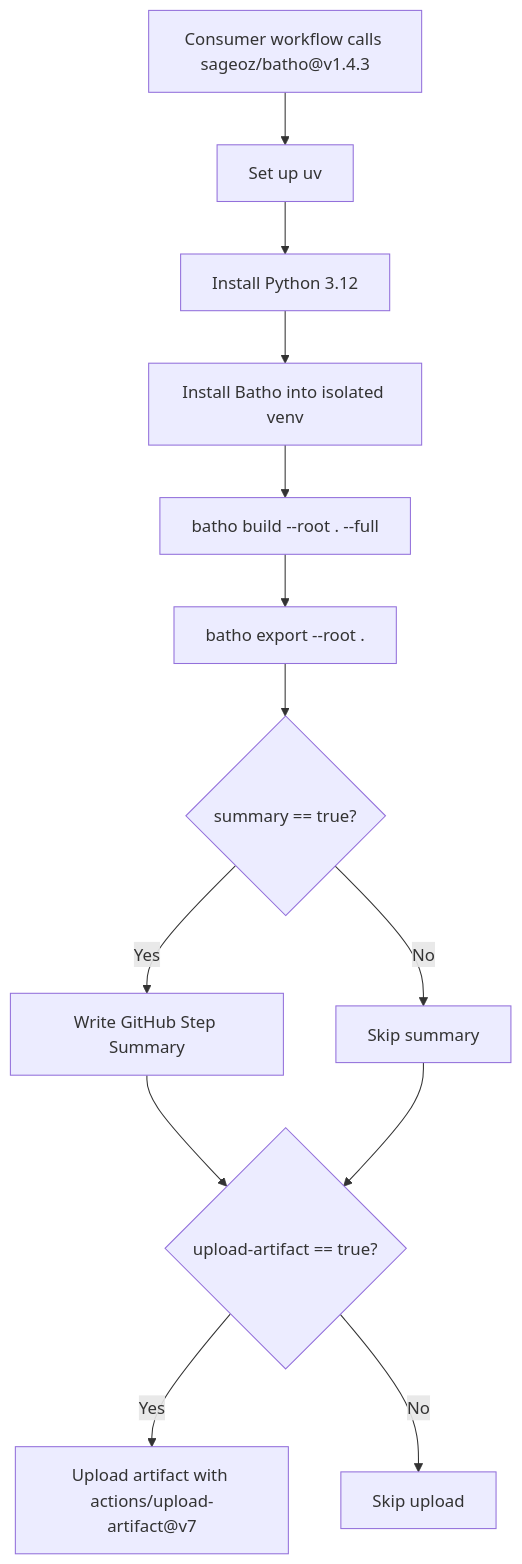
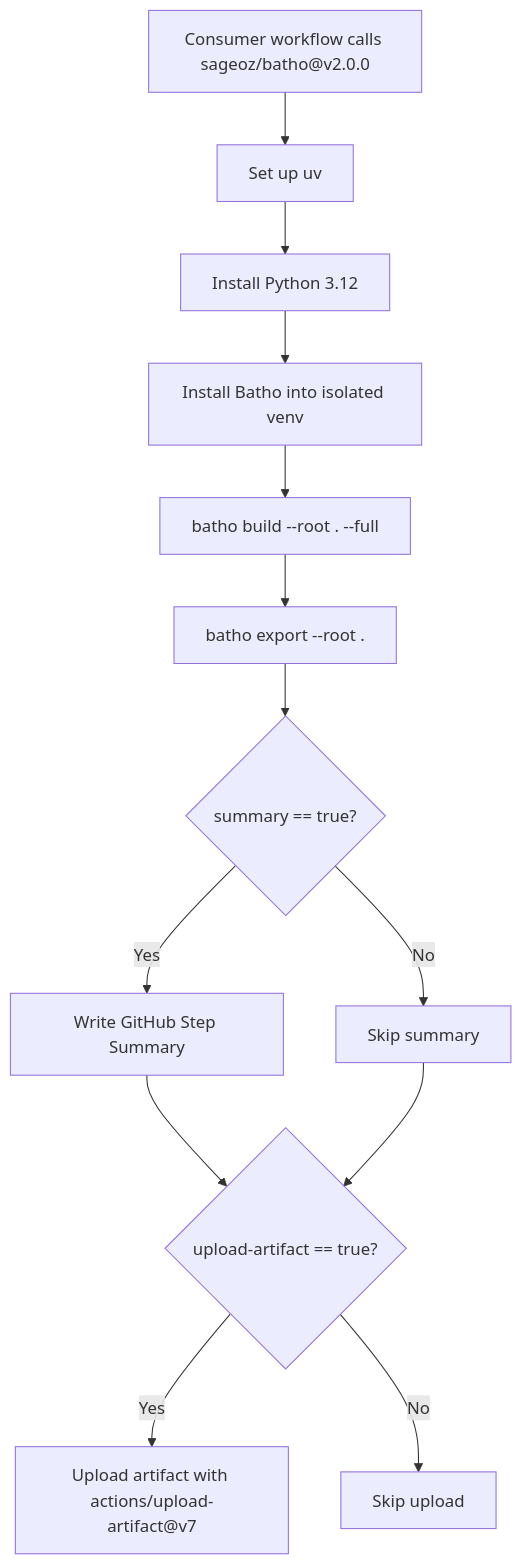
Before and after one commit to sageoz/Batho: the diagram in docs-site/docs/cicd/composite-action.md, drawn with Mermaid. The commit also changed other lines of this file and 229 other files, not shown here.

````diff
--- a/docs-site/docs/cicd/composite-action.md
+++ b/docs-site/docs/cicd/composite-action.md
@@ -7,15 +7,15 @@
 ```mermaid
 flowchart TD
-    A["Consumer workflow calls sageoz/batho@v1.4.3"] --> B["Set up uv"]
+    A["Consumer workflow calls sageoz/batho@v2.0.0"] --> B["Set up uv"]
     B --> C["Install Python 3.12"]
     C --> D["Install Batho into isolated venv"]
     D --> E["batho build --root . --full"]
     E --> F["batho export --root ."]
     F --> G{"summary == true?"}
     G -- Yes --> H["Write GitHub Step Summary"]
     G -- No --> I["Skip summary"]
     H --> J{"upload-artifact == true?"}
     I --> J
     J -- Yes --> K["Upload artifact with actions/upload-artifact@v7"]
     J -- No --> L["Skip upload"]
 ```
````
